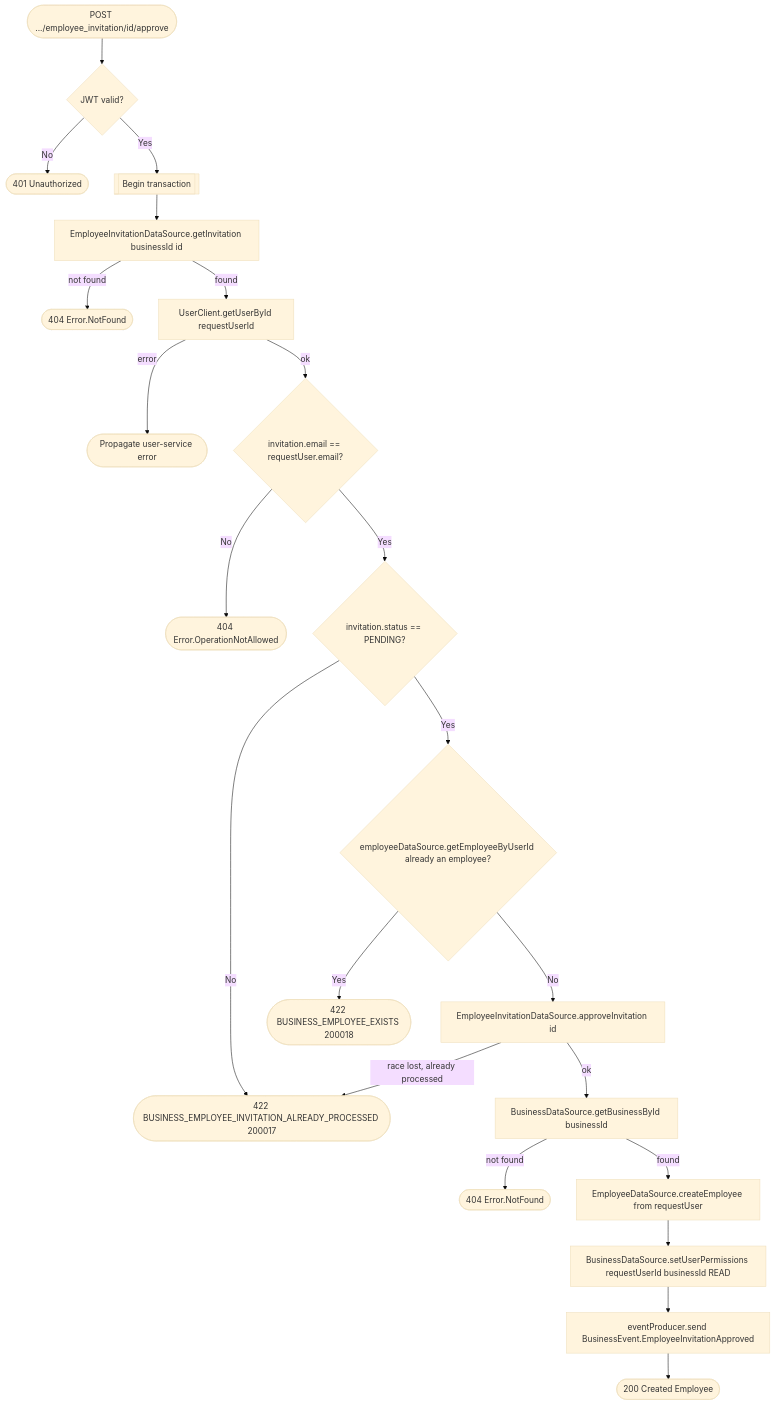
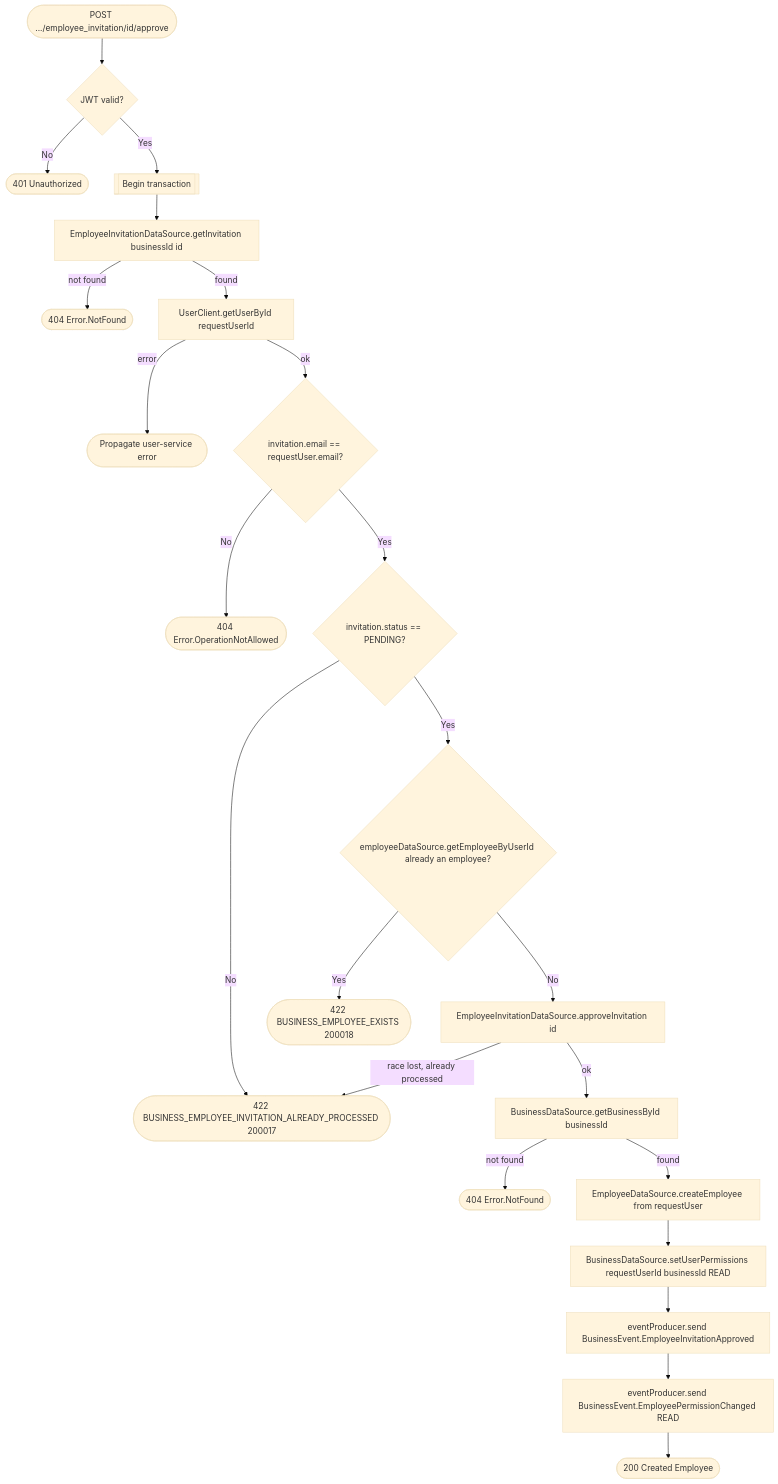
One commit to an22/bookk.me-backend changed the diagram in docs/operations/business/approve-employee-invitation.md. Above: the diagram before and after it, drawn with Mermaid (base theme). The commit also changed other lines of this file and 55 other files, not shown here.

Commit message:
[ISSUE-89] add permission so employee can change its own records even with READ permissions

````diff
--- a/docs/operations/business/approve-employee-invitation.md
+++ b/docs/operations/business/approve-employee-invitation.md
@@ -12,24 +12,25 @@
 ```mermaid
 flowchart TD
     Start([POST .../employee_invitation/id/approve]) --> Auth{JWT valid?}
     Auth -- No --> R401([401 Unauthorized])
     Auth -- Yes --> Tx[[Begin transaction]]
     Tx --> GetInvite[EmployeeInvitationDataSource.getInvitation businessId id]
     GetInvite -- not found --> R404a([404 Error.NotFound])
     GetInvite -- found --> GetUser[UserClient.getUserById requestUserId]
     GetUser -- error --> RErr([Propagate user-service error])
     GetUser -- ok --> EmailMatch{invitation.email == requestUser.email?}
     EmailMatch -- No --> R404b([404 Error.OperationNotAllowed])
     EmailMatch -- Yes --> Status{invitation.status == PENDING?}
     Status -- No --> R422a([422 BUSINESS_EMPLOYEE_INVITATION_ALREADY_PROCESSED 200017])
     Status -- Yes --> AlreadyEmployee{employeeDataSource.getEmployeeByUserId already an employee?}
     AlreadyEmployee -- Yes --> R422b([422 BUSINESS_EMPLOYEE_EXISTS 200018])
     AlreadyEmployee -- No --> Approve[EmployeeInvitationDataSource.approveInvitation id]
     Approve -- race lost, already processed --> R422a
     Approve -- ok --> GetBiz[BusinessDataSource.getBusinessById businessId]
     GetBiz -- not found --> R404c([404 Error.NotFound])
     GetBiz -- found --> CreateEmployee[EmployeeDataSource.createEmployee from requestUser]
     CreateEmployee --> SetPerm[BusinessDataSource.setUserPermissions requestUserId businessId READ]
     SetPerm --> Event[eventProducer.send BusinessEvent.EmployeeInvitationApproved]
-    Event --> R200([200 Created Employee])
+    Event --> PermEvent[eventProducer.send BusinessEvent.EmployeePermissionChanged READ]
+    PermEvent --> R200([200 Created Employee])
 ```
````
